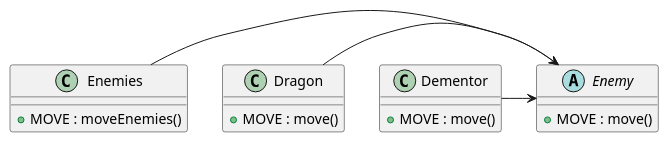
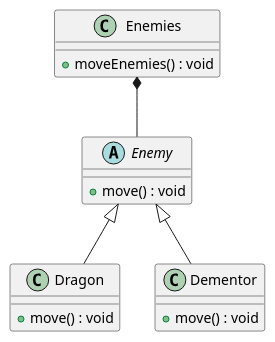
The diagram in docs/plantuml/CompositePattern.puml (RuiSoares333/FEUP-LDTS-Project), drawn with PlantUML before and after one commit. The commit also changed 9 other files, not shown here.

Commit message:
Correção das Imagens UML dos Patterns. Atualização dos READMEs

```diff
--- a/docs/plantuml/CompositePattern.puml
+++ b/docs/plantuml/CompositePattern.puml
@@ -1,27 +1,25 @@
 @startuml
 'https://plantuml.com/component-diagram
 
 
 abstract class Enemy{
-+ MOVE : move()
++ move() : void
 }
 
 class Enemies{
-+ MOVE : moveEnemies()
++ moveEnemies() : void
 }
 
-Enemies -r-> Enemy
-
 class Dragon{
-+ MOVE : move()
++ move() : void
 }
 
-Dragon -r-> Enemy
-
 class Dementor{
-+ MOVE : move()
++ move() : void
 }
 
-Dementor -r-> Enemy
+Enemies *-- Enemy
+Dragon -u-|> Enemy
+Dementor -u-|> Enemy
 
 @enduml
```
